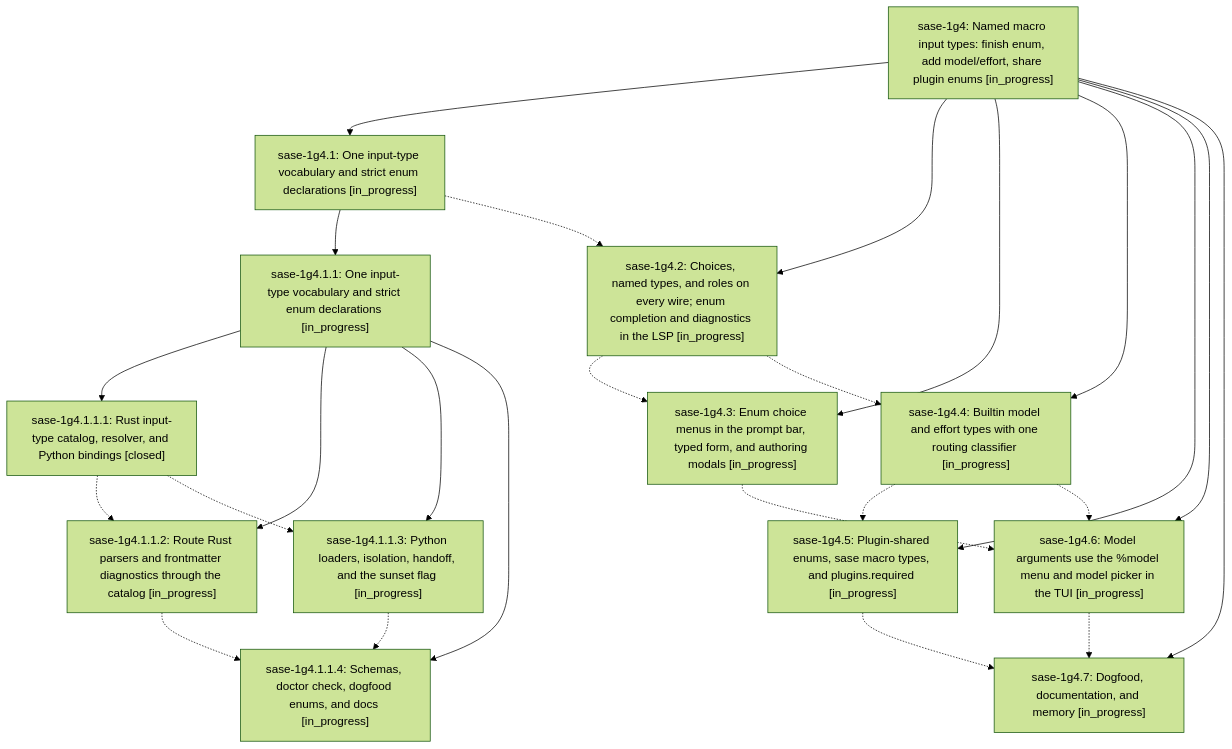
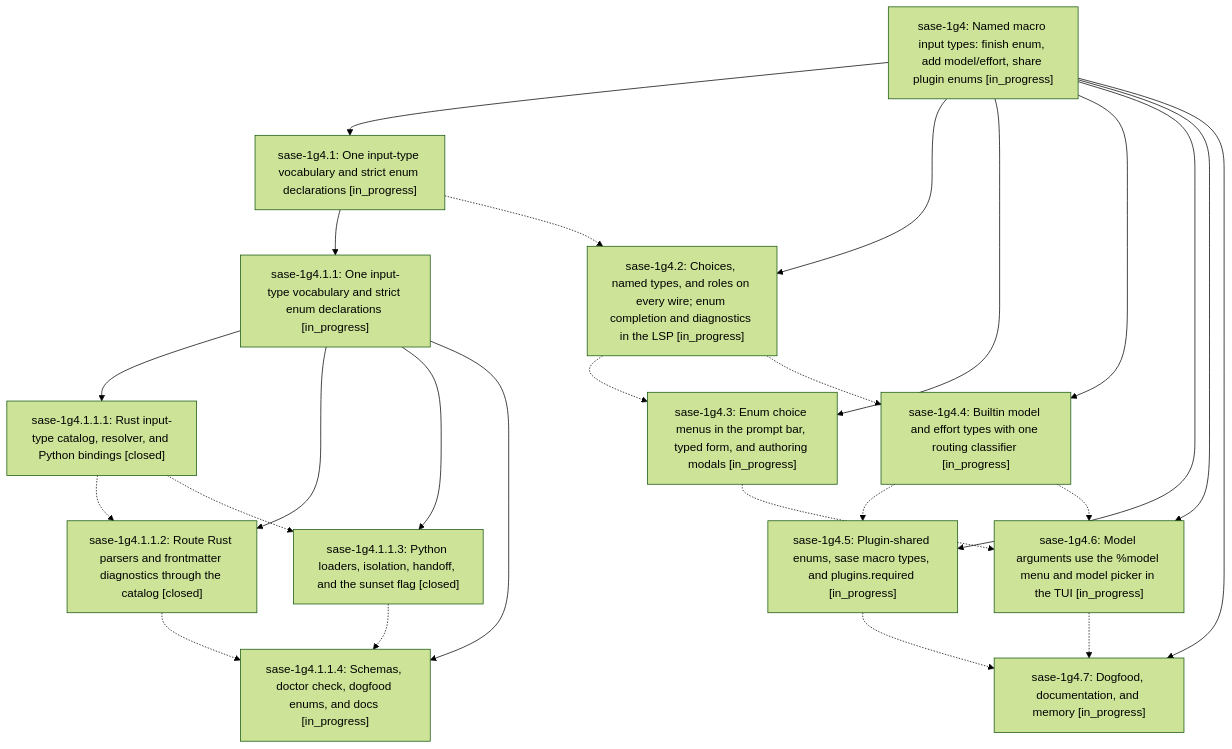
One commit to sase-org/sase--beads changed the diagram in pages/sase-1g4/README.md. Above: the diagram before and after it, drawn with Mermaid (forest theme). The commit also changed other lines of this file and 5 other files, not shown here.

````diff
--- a/pages/sase-1g4/README.md
+++ b/pages/sase-1g4/README.md
@@ -40,40 +40,40 @@
 ```mermaid
 flowchart TD
     n0["sase-1g4: Named macro input types: finish enum, add model/effort, share plugin enums [in_progress]"]
     n1["sase-1g4.1: One input-type vocabulary and strict enum declarations [in_progress]"]
     n2["sase-1g4.1.1: One input-type vocabulary and strict enum declarations [in_progress]"]
     n3["sase-1g4.1.1.1: Rust input-type catalog, resolver, and Python bindings [closed]"]
-    n4["sase-1g4.1.1.2: Route Rust parsers and frontmatter diagnostics through the catalog [in_progress]"]
-    n5["sase-1g4.1.1.3: Python loaders, isolation, handoff, and the sunset flag [in_progress]"]
+    n4["sase-1g4.1.1.2: Route Rust parsers and frontmatter diagnostics through the catalog [closed]"]
+    n5["sase-1g4.1.1.3: Python loaders, isolation, handoff, and the sunset flag [closed]"]
     n6["sase-1g4.1.1.4: Schemas, doctor check, dogfood enums, and docs [in_progress]"]
     n7["sase-1g4.2: Choices, named types, and roles on every wire; enum completion and diagnostics in the LSP [in_progress]"]
     n8["sase-1g4.3: Enum choice menus in the prompt bar, typed form, and authoring modals [in_progress]"]
     n9["sase-1g4.4: Builtin model and effort types with one routing classifier [in_progress]"]
     n10["sase-1g4.5: Plugin-shared enums, sase macro types, and plugins.required [in_progress]"]
     n11["sase-1g4.6: Model arguments use the %model menu and model picker in the TUI [in_progress]"]
     n12["sase-1g4.7: Dogfood, documentation, and memory [in_progress]"]
     n0 --> n1
     n1 --> n2
     n2 --> n3
     n2 --> n4
     n2 --> n5
     n2 --> n6
     n0 --> n7
     n0 --> n8
     n0 --> n9
     n0 --> n10
     n0 --> n11
     n0 --> n12
     n1 -.-> n7
     n3 -.-> n4
     n3 -.-> n5
     n4 -.-> n6
     n5 -.-> n6
     n7 -.-> n8
     n7 -.-> n9
     n8 -.-> n11
     n9 -.-> n10
     n9 -.-> n11
     n10 -.-> n12
     n11 -.-> n12
 ```
````
